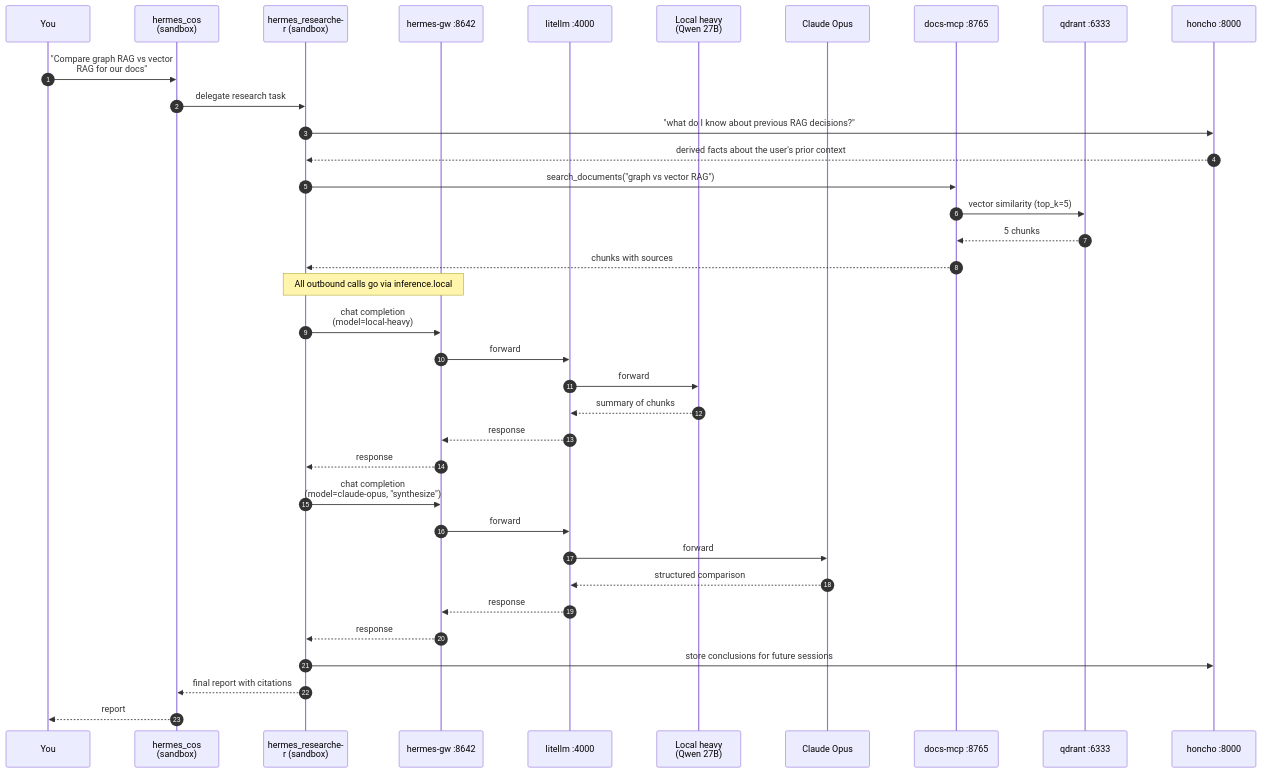
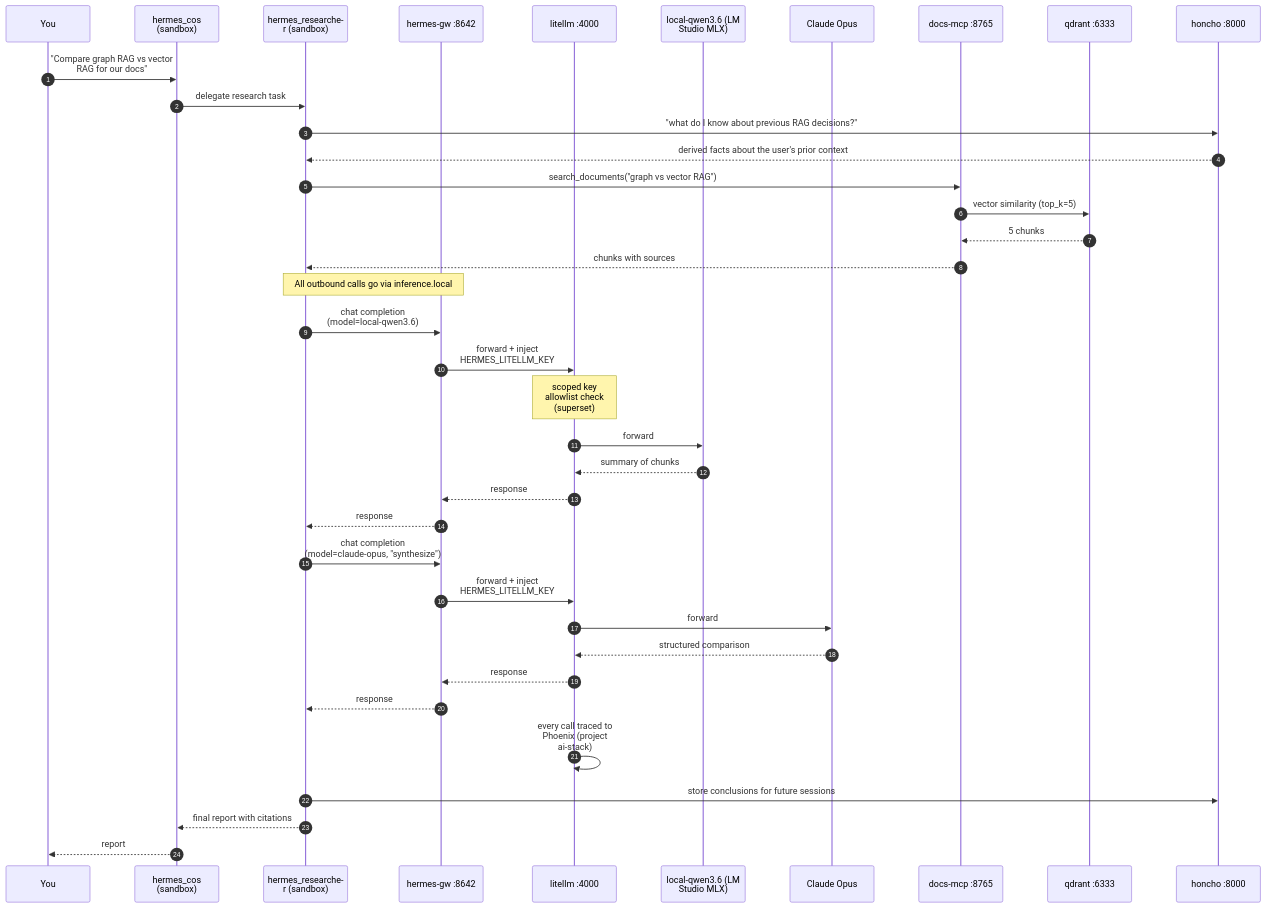
The fourth of 16 diagrams in doc/DIAGRAMS.md (mayssamj/versatile-ai-stack), drawn with Mermaid before and after one commit. The commit also changed other lines of this file and 16 other files, not shown here.

````diff
--- a/doc/DIAGRAMS.md
+++ b/doc/DIAGRAMS.md
@@ -235,43 +240,46 @@
 ```mermaid
   %%{init: { "theme": "default", "themeVariables": {"fontSize": "16px"}, "sequence": {"actorMargin": 80, "messageMargin": 40, "wrap": true} }}%%
 sequenceDiagram
   autonumber
   participant U as You
   participant CoS as hermes_cos (sandbox)
   participant R as hermes_researcher (sandbox)
   participant SBX as hermes-gw :8642
   participant L as litellm :4000
-  participant LH as Local heavy (Qwen 27B)
+  participant LH as local-qwen3.6 (LM Studio MLX)
   participant CL as Claude Opus
   participant MCP as docs-mcp :8765
   participant Q as qdrant :6333
   participant HO as honcho :8000
 
   U->>CoS: "Compare graph RAG vs vector RAG for our docs"
   CoS->>R: delegate research task
   R->>HO: "what do I know about previous RAG decisions?"
   HO-->>R: derived facts about the user's prior context
   R->>MCP: search_documents("graph vs vector RAG")
   MCP->>Q: vector similarity (top_k=5)
   Q-->>MCP: 5 chunks
   MCP-->>R: chunks with sources
 
   Note over R,SBX: All outbound calls go via inference.local
-  R->>SBX: chat completion (model=local-heavy)
-  SBX->>L: forward
+  R->>SBX: chat completion (model=local-qwen3.6)
+  SBX->>L: forward + inject HERMES_LITELLM_KEY
+  Note over L: scoped key allowlist check (superset)
   L->>LH: forward
   LH-->>L: summary of chunks
   L-->>SBX: response
   SBX-->>R: response
 
   R->>SBX: chat completion (model=claude-opus, "synthesize")
-  SBX->>L: forward
+  SBX->>L: forward + inject HERMES_LITELLM_KEY
   L->>CL: forward
   CL-->>L: structured comparison
   L-->>SBX: response
   SBX-->>R: response
 
+  L->>L: every call traced to Phoenix (project ai-stack)
+
   R->>HO: store conclusions for future sessions
   R-->>CoS: final report with citations
   CoS-->>U: report
 ```
````
